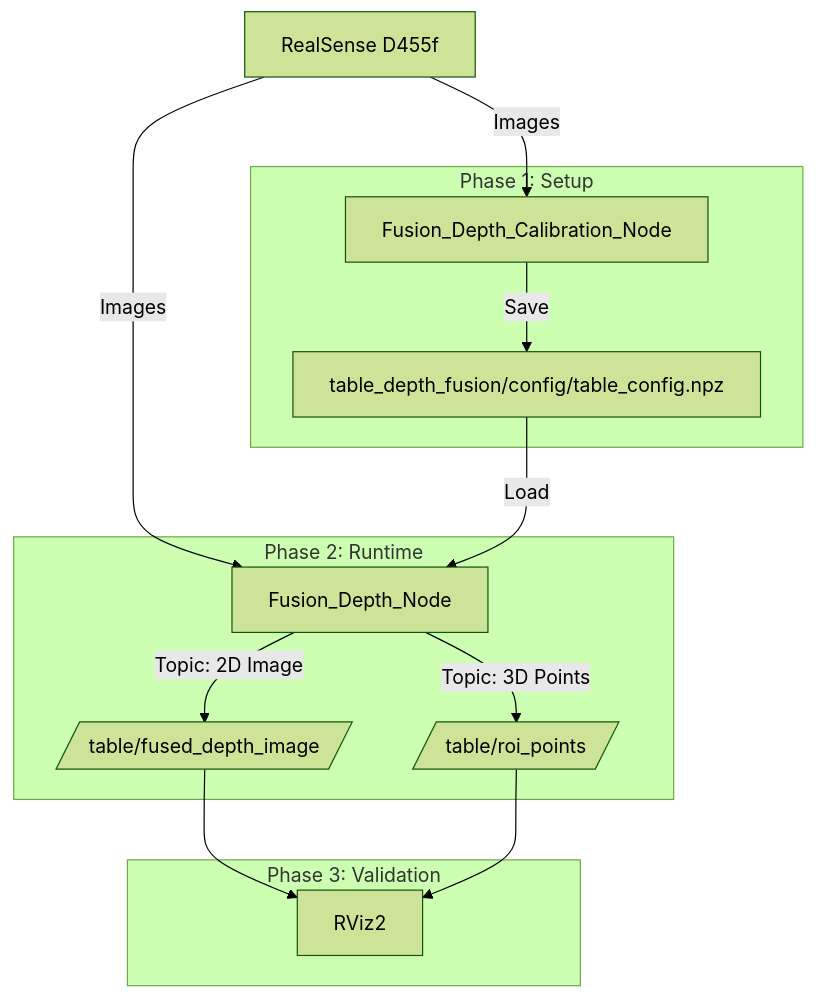
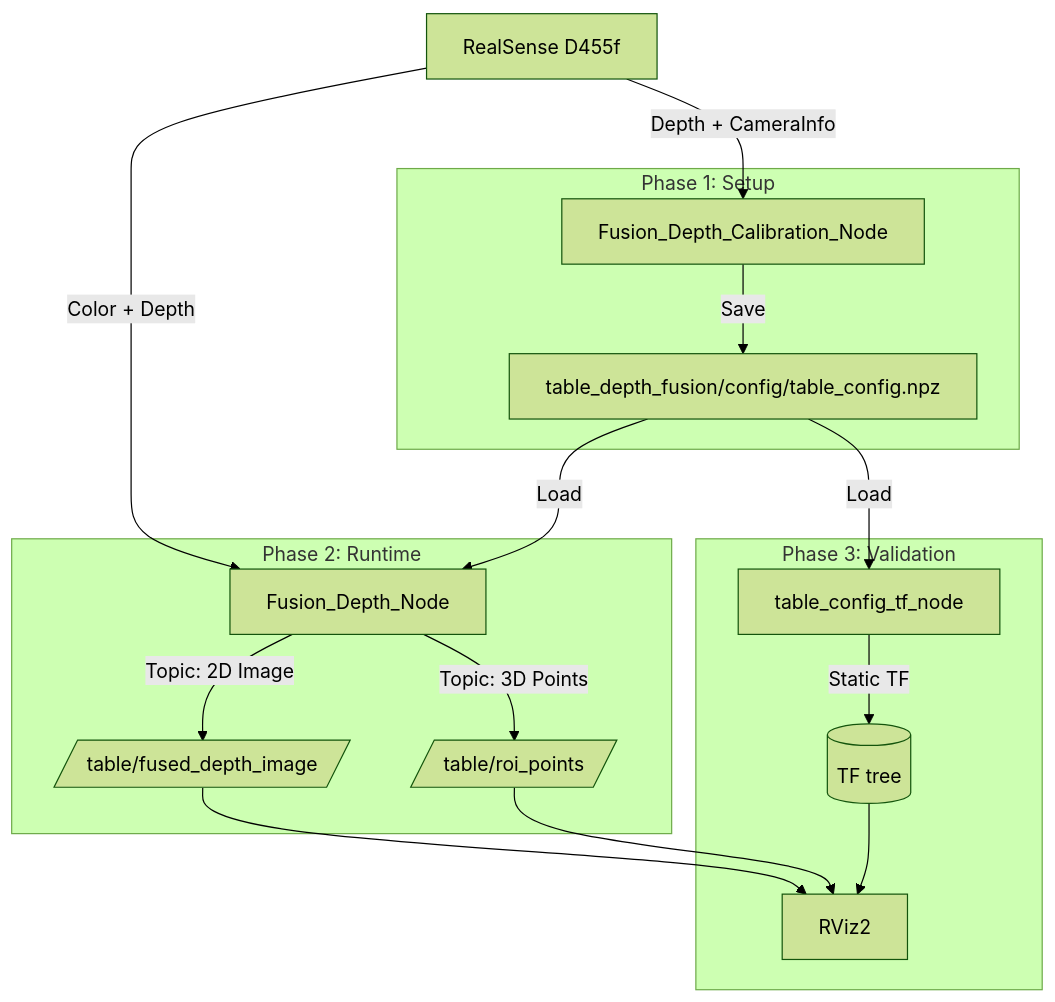
The diagram in AGENTS.md (Letssarere/enhanced_depth_ws), drawn with Mermaid (forest theme) before and after one commit. The commit also changed other lines of this file, not shown here.

````diff
--- a/AGENTS.md
+++ b/AGENTS.md
@@ -30,20 +39,23 @@
 ```mermaid
 graph TD
-    Sensor[RealSense D455f] -->|Images| CalibNode[Fusion_Depth_Calibration_Node]
-    Sensor -->|Images| RunNode[Fusion_Depth_Node]
-    
+    Sensor[RealSense D455f] -->|Depth + CameraInfo| CalibNode[Fusion_Depth_Calibration_Node]
+    Sensor -->|Color + Depth| RunNode[Fusion_Depth_Node]
+
     subgraph Phase 1: Setup
     CalibNode -->|Save| ConfigFile[table_depth_fusion/config/table_config.npz]
     end
-    
+
     subgraph Phase 2: Runtime
     ConfigFile -->|Load| RunNode
     RunNode -->|Topic: 2D Image| Topic1[/table/fused_depth_image/]
     RunNode -->|Topic: 3D Points| Topic2[/table/roi_points/]
     end
-    
+
     subgraph Phase 3: Validation
+    ConfigFile -->|Load| TfNode[table_config_tf_node]
+    TfNode -->|Static TF| TF[(TF tree)]
     Topic1 --> RViz2
     Topic2 --> RViz2
+    TF --> RViz2
     end
 ```
````
